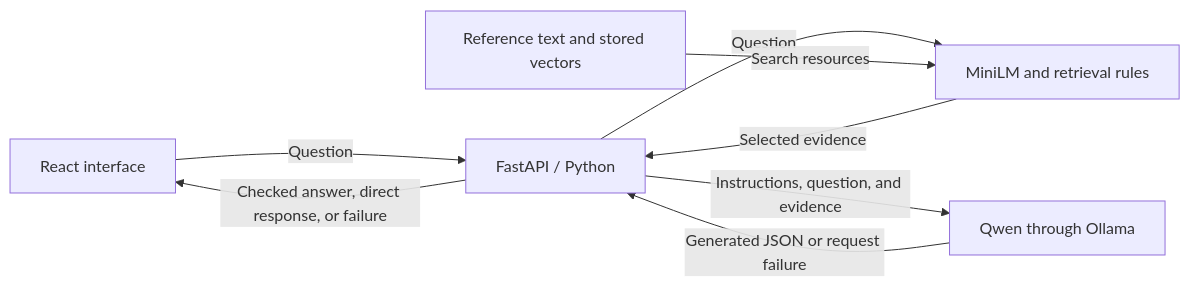
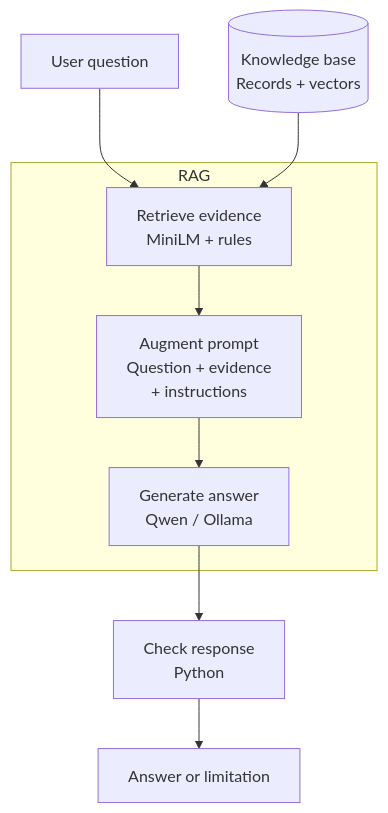
One commit to Kongstad/planetary-scanner changed the first of 6 diagrams in docs/ai-pipeline.md. Above: the diagram before and after it, drawn with Mermaid. The commit also changed other lines of this file, not shown here.

Commit message:
Show retrieval augmentation and generation explicitly

````diff
--- a/docs/ai-pipeline.md
+++ b/docs/ai-pipeline.md
@@ -22,10 +22,15 @@
 ```mermaid
-flowchart LR
-    Browser[React interface] -->|Question| API[FastAPI / Python]
-    API -->|Question| Retrieval[MiniLM and retrieval rules]
-    Records[Reference text and stored vectors] -->|Search resources| Retrieval
-    Retrieval -->|Selected evidence| API
-    API -->|Instructions, question, and evidence| Qwen[Qwen through Ollama]
-    Qwen -->|Generated JSON or request failure| API
-    API -->|Checked answer, direct response, or failure| Browser
+flowchart TD
+    Question[User question] --> Retrieval
+    Knowledge[(Knowledge base<br/>Records + vectors)] --> Retrieval
+
+    subgraph RAG[RAG]
+        Retrieval[Retrieve evidence<br/>MiniLM + rules]
+        Augmentation[Augment prompt<br/>Question + evidence<br/>+ instructions]
+        Generation[Generate answer<br/>Qwen / Ollama]
+        Retrieval --> Augmentation --> Generation
+    end
+
+    Generation --> Validation[Check response<br/>Python]
+    Validation --> Response[Answer or limitation]
 ```
````
